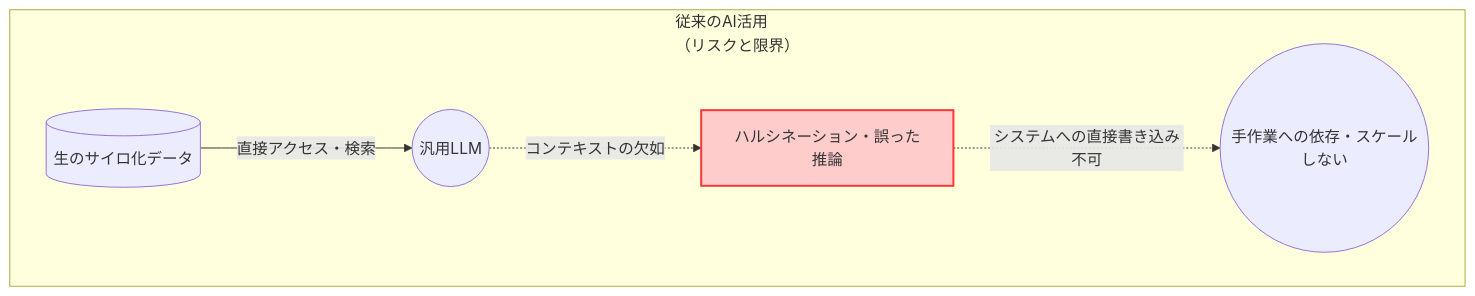
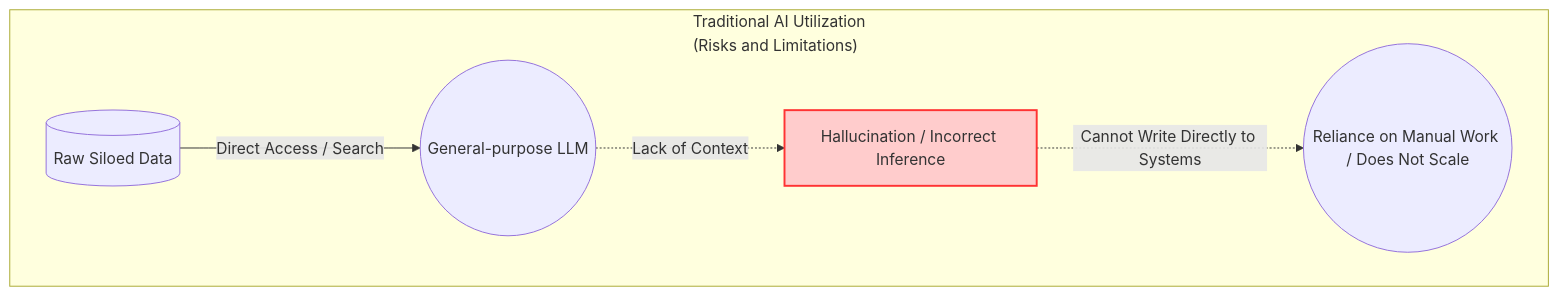
Before and after one commit to jonnydubowsky/palantir-ontology-strategy: the seventh of 9 diagrams in docs/the-palantir-impact_jp.md, drawn with Mermaid. The commit also changed other lines of this file and 2 other files, not shown here.

````diff
--- a/docs/the-palantir-impact_jp.md
+++ b/docs/the-palantir-impact_jp.md
@@ -348,10 +348,10 @@
 ```mermaid
 flowchart LR
-    subgraph standard_ai ["従来のAI活用<br>（リスクと限界）"]
+    subgraph standard_ai ["Traditional AI Utilization<br>(Risks and Limitations)"]
         direction LR
-        A1[("生のサイロ化データ")] -->|"直接アクセス・検索"| B1(("汎用LLM"))
-        B1 -.->|"コンテキストの欠如"| C1["ハルシネーション・誤った推論"]
-        C1 -.->|"システムへの直接書き込み不可"| D1(("手作業への依存・スケールしない"))
+        A1[("Raw Siloed Data")] -->|"Direct Access / Search"| B1(("General-purpose LLM"))
+        B1 -.->|"Lack of Context"| C1["Hallucination / Incorrect Inference"]
+        C1 -.->|"Cannot Write Directly to Systems"| D1(("Reliance on Manual Work / Does Not Scale"))
     end
     style C1 fill:#fcc,stroke:#f33,stroke-width:2px
 ```
````
